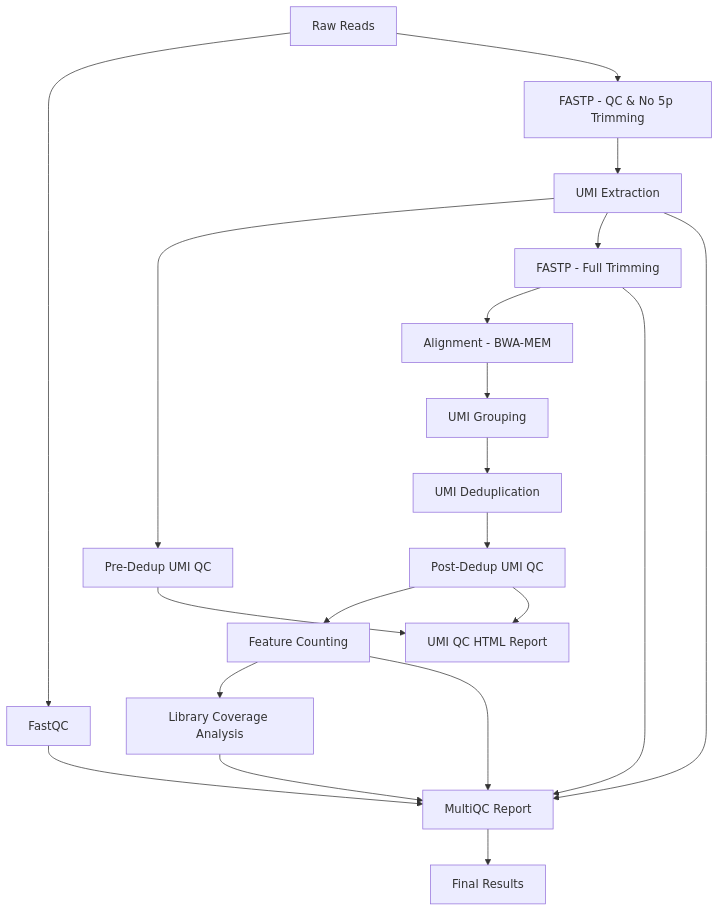
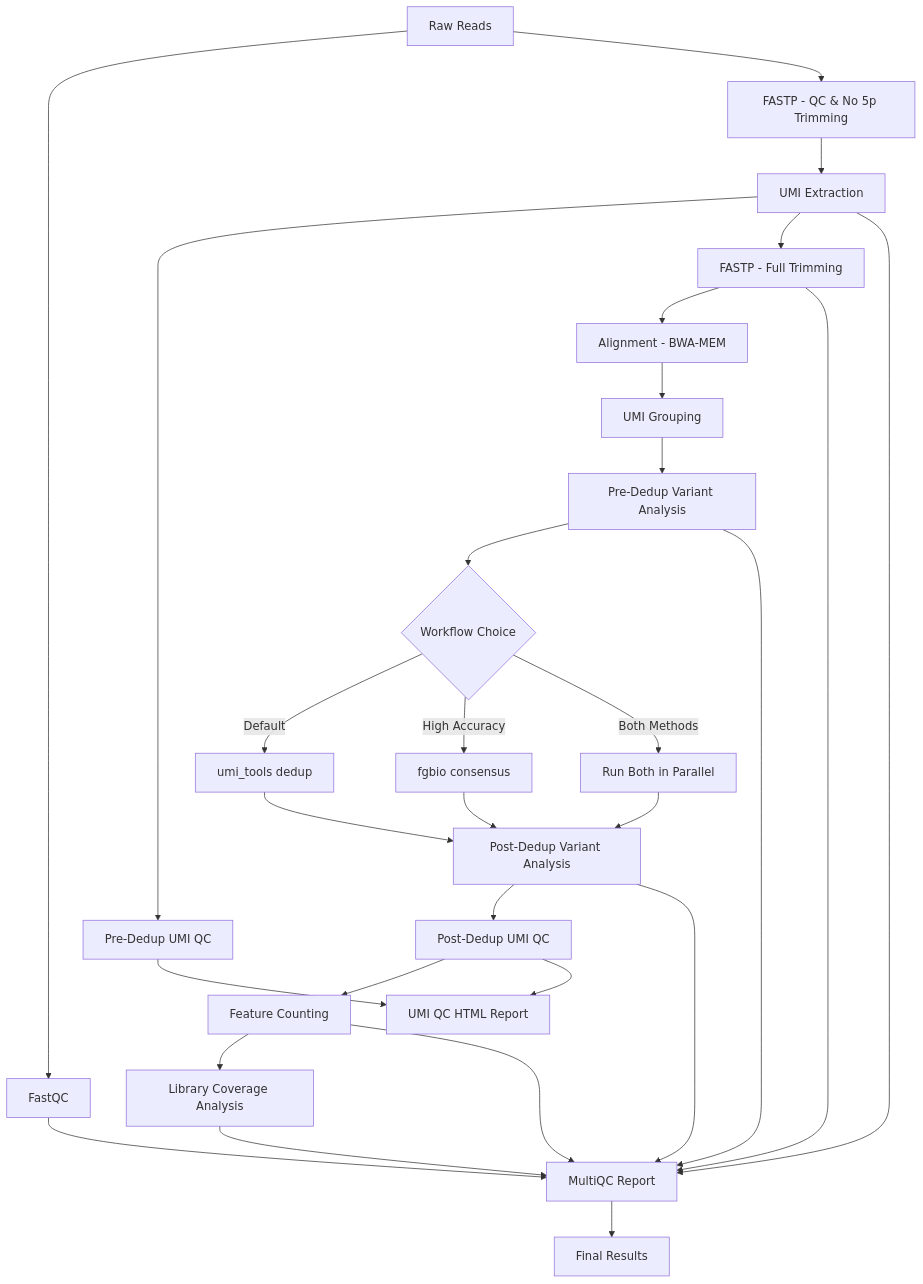
One commit to mgl0619/umi_amplicon changed the diagram in README.md. Above: the diagram before and after it, drawn with Mermaid. The commit also changed other lines of this file and 1 other file, not shown here.

Commit message:
update readme for fgbio

````diff
--- a/README.md
+++ b/README.md
@@ -211,22 +231,37 @@
 ```mermaid
 graph TD
     A[Raw Reads] --> B[FastQC]
     A --> C[FASTP - QC & No 5p Trimming]
     C --> D[UMI Extraction]
     D --> E[Pre-Dedup UMI QC]
     D --> F[FASTP - Full Trimming]
     F --> G[Alignment - BWA-MEM]
     G --> H[UMI Grouping]
-    H --> I[UMI Deduplication]
-    I --> J[Post-Dedup UMI QC]
-    J --> K[Feature Counting]
-    K --> L[Library Coverage Analysis]
-    E --> M[UMI QC HTML Report]
-    J --> M[UMI QC HTML Report]
-    B --> N[MultiQC Report]
-    D --> N[MultiQC Report]
-    F --> N[MultiQC Report]
-    K --> N[MultiQC Report]
-    L --> N[MultiQC Report]
-    N --> O[Final Results]
+    H --> I[Pre-Dedup Variant Analysis]
+    
+    I --> J{Workflow Choice}
+    J -->|Default| K[umi_tools dedup]
+    J -->|High Accuracy| L[fgbio consensus]
+    J -->|Both Methods| M[Run Both in Parallel]
+    
+    K --> N[Post-Dedup Variant Analysis]
+    L --> N
+    M --> N
+    
+    N --> O[Post-Dedup UMI QC]
+    O --> P[Feature Counting]
+    P --> Q[Library Coverage Analysis]
+    
+    E --> R[UMI QC HTML Report]
+    O --> R
+    
+    B --> S[MultiQC Report]
+    D --> S
+    F --> S
+    I --> S
+    N --> S
+    P --> S
+    Q --> S
+    
+    S --> T[Final Results]
 ```
````
